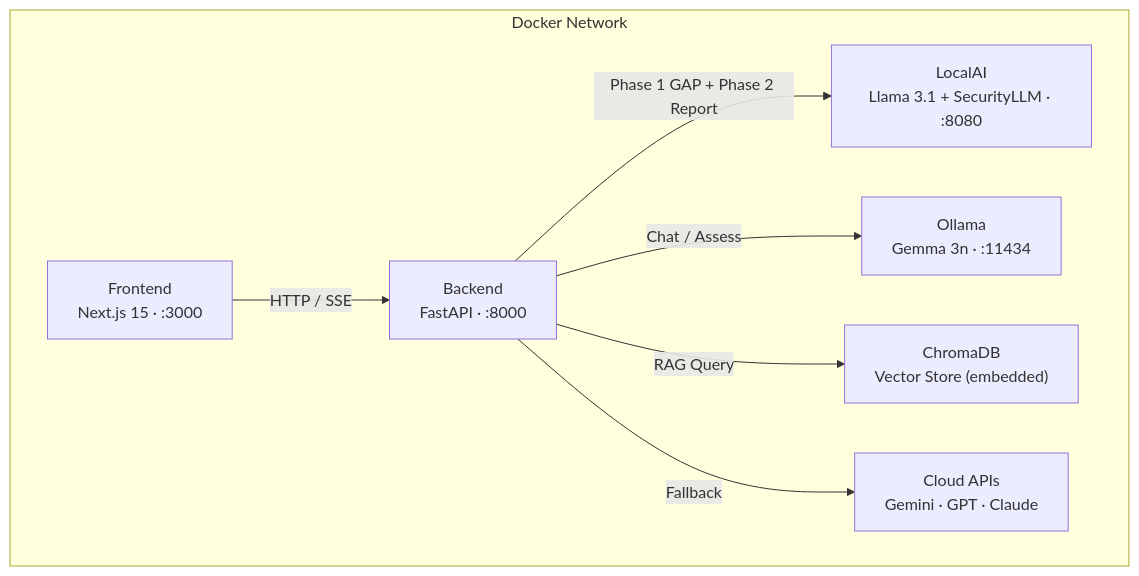
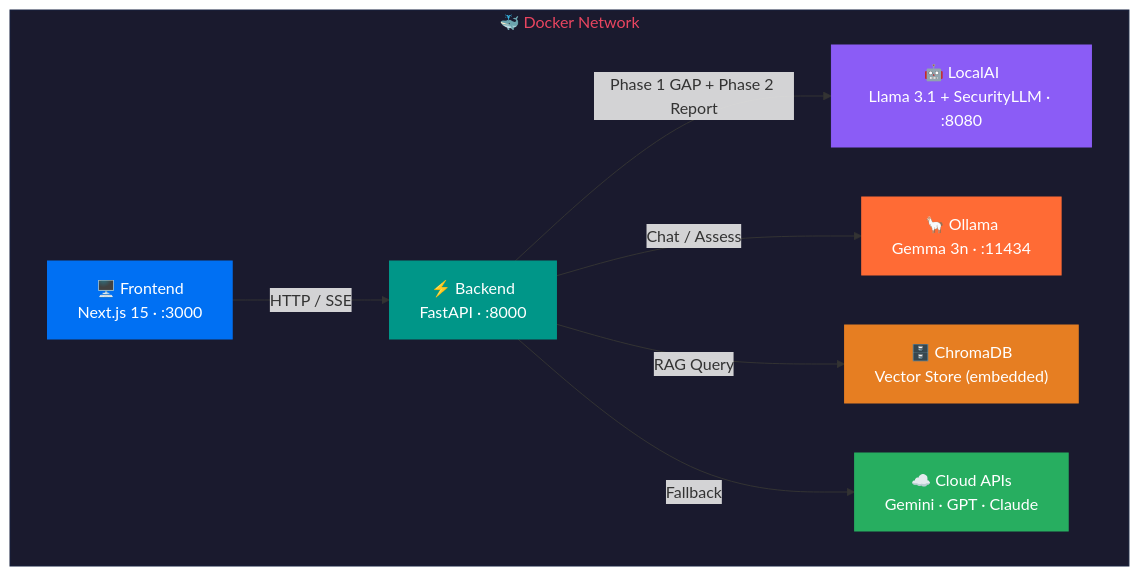
One commit to NghiaDinh03/phobert-chatbot-project changed the first of 2 diagrams in README_vi.md. Above: the diagram before and after it, drawn with Mermaid. The commit also changed other lines of this file and 46 other files, not shown here.

````diff
--- a/README_vi.md
+++ b/README_vi.md
@@ -80,17 +104,25 @@
 ```mermaid
 graph TB
-    subgraph Docker["Docker Network"]
-        FE["Frontend<br/>Next.js 15 · :3000"]
-        BE["Backend<br/>FastAPI · :8000"]
-        LAI["LocalAI<br/>Llama 3.1 + SecurityLLM · :8080"]
-        OL["Ollama<br/>Gemma 3n · :11434"]
-        DB["ChromaDB<br/>Vector Store (embedded)"]
-        CL["Cloud APIs<br/>Gemini · GPT · Claude"]
+    subgraph Docker["🐳 Docker Network"]
+        FE["🖥️ Frontend<br/>Next.js 15 · :3000"]
+        BE["⚡ Backend<br/>FastAPI · :8000"]
+        LAI["🤖 LocalAI<br/>Llama 3.1 + SecurityLLM · :8080"]
+        OL["🦙 Ollama<br/>Gemma 3n · :11434"]
+        DB["🗄️ ChromaDB<br/>Vector Store (embedded)"]
+        CL["☁️ Cloud APIs<br/>Gemini · GPT · Claude"]
     end
 
-    FE -->|HTTP / SSE| BE
-    BE -->|Phase 1 GAP + Phase 2 Report| LAI
-    BE -->|Chat / Assess| OL
-    BE -->|RAG Query| DB
-    BE -->|Fallback| CL
+    FE -->|"HTTP / SSE"| BE
+    BE -->|"Phase 1 GAP + Phase 2 Report"| LAI
+    BE -->|"Chat / Assess"| OL
+    BE -->|"RAG Query"| DB
+    BE -->|"Fallback"| CL
+
+    style Docker fill:#1a1a2e,stroke:#16213e,color:#e94560
+    style FE fill:#0070f3,stroke:#0070f3,color:#fff
+    style BE fill:#009688,stroke:#009688,color:#fff
+    style LAI fill:#8b5cf6,stroke:#8b5cf6,color:#fff
+    style OL fill:#ff6b35,stroke:#ff6b35,color:#fff
+    style DB fill:#e67e22,stroke:#e67e22,color:#fff
+    style CL fill:#27ae60,stroke:#27ae60,color:#fff
 ```
````
